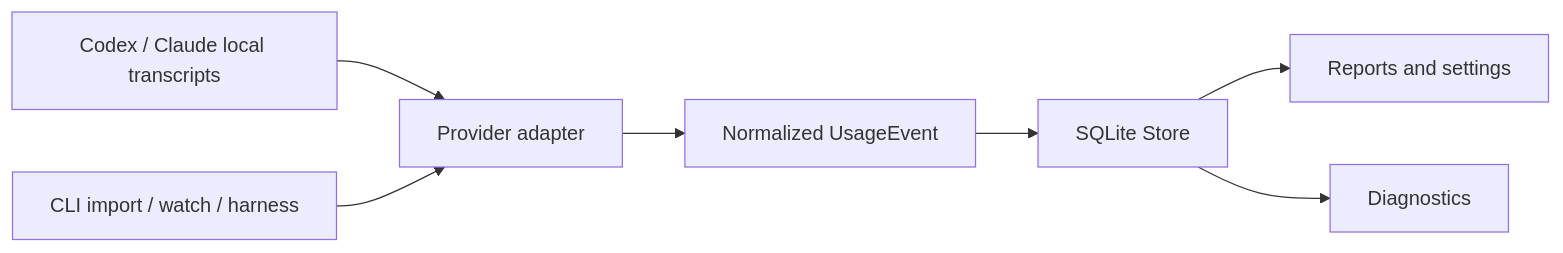
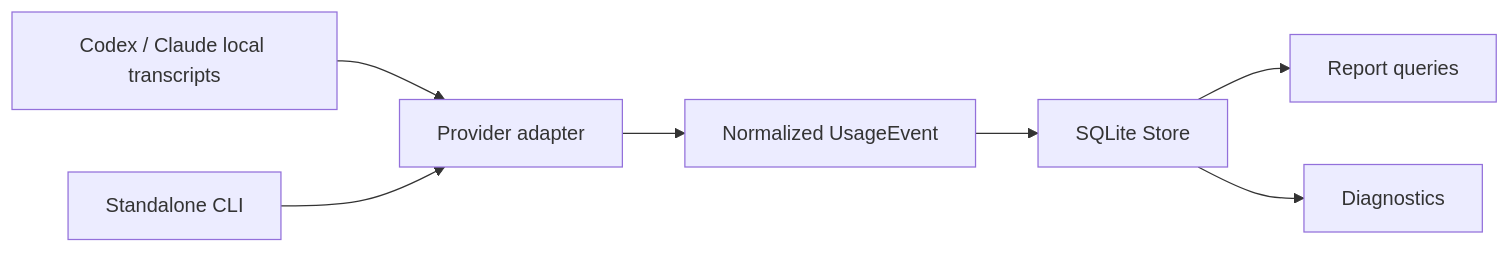
Before and after one commit to ayeshLK/komposyn: the diagram in docs/architecture.md, drawn with Mermaid. The commit also changed other lines of this file and 76 other files, not shown here.

````diff
--- a/docs/architecture.md
+++ b/docs/architecture.md
@@ -13,9 +14,9 @@
 ```mermaid
 flowchart LR
   A[Codex / Claude local transcripts] --> B[Provider adapter]
   B --> C[Normalized UsageEvent]
   C --> D[SQLite Store]
-  D --> E[Reports and settings]
+  D --> E[Report queries]
   D --> F[Diagnostics]
-  G[CLI import / watch / harness] --> B
+  G[Standalone CLI] --> B
 ```
````
